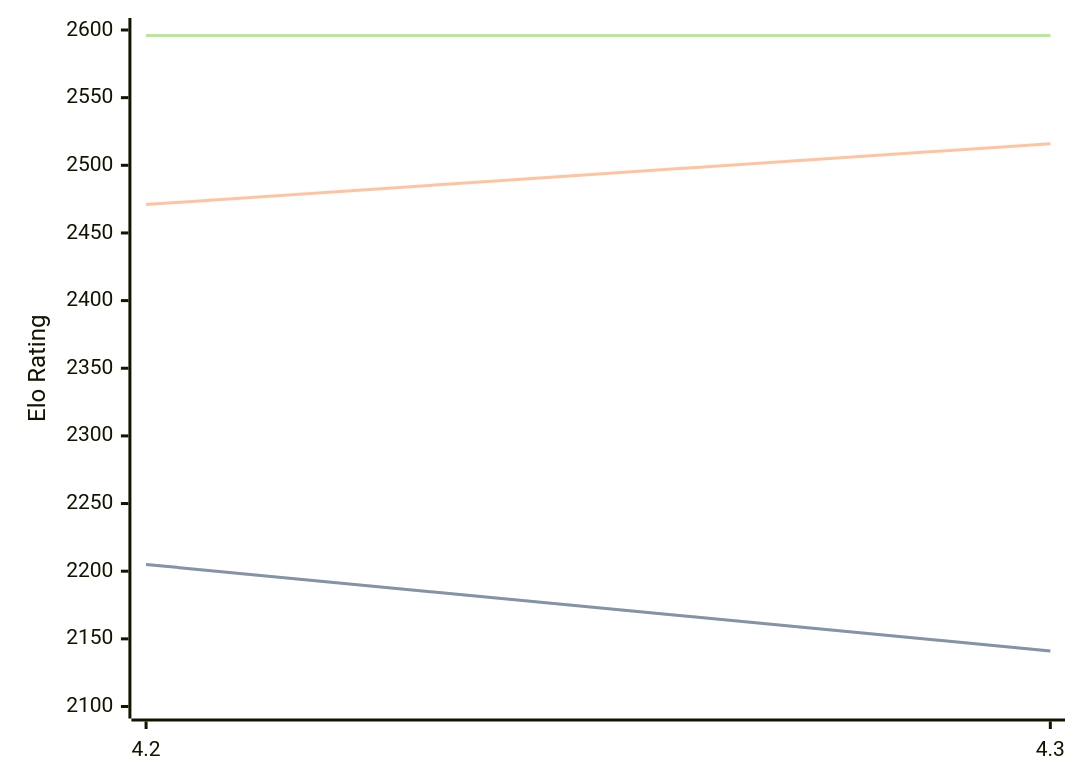
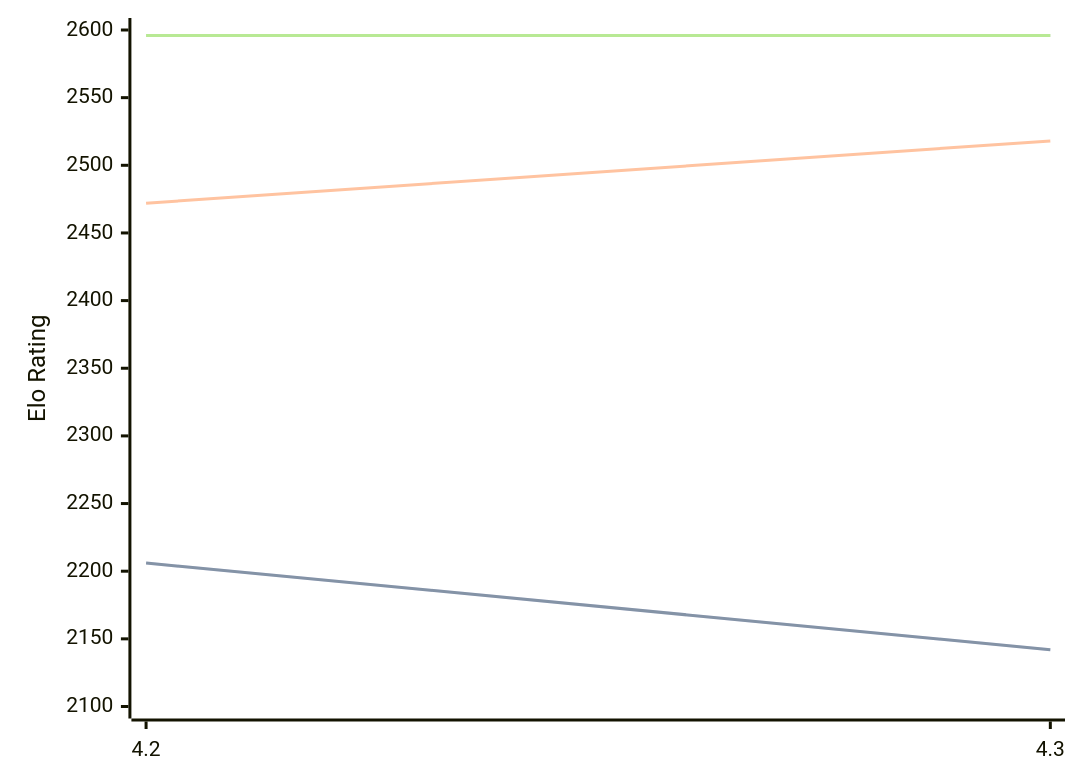
Before and after one commit to computer-chess-index/cci: the diagram in engines/Eubos.md, drawn with Mermaid. The commit also changed other lines of this file, not shown here.

Commit message:
Update CCI Ratings (ELO VLTC) - 2026-02-20

````diff
--- a/engines/Eubos.md
+++ b/engines/Eubos.md
@@ -85,11 +85,11 @@
 ```mermaid
 %%{init: {"theme":"base","themeVariables":{"seriesColors:['#a3a3a3','#222221','#faa371']}}}%%
 xychart-beta
   x-axis ["4.2", "4.3"]
   y-axis "Elo Rating" 2100 --> 2600
-  line "STC (8.0+0.08s)" [2205, 2141]
-  line "STC (8.0+0.08s)" [2205, 2141]
-  line "LTC (60.0+0.60s)" [2471, 2516]
+  line "STC (8.0+0.08s)" [2206, 2142]
+  line "STC (8.0+0.08s)" [2206, 2142]
+  line "LTC (60.0+0.60s)" [2472, 2518]
   line "VLTC (2m24s+1.12s)" [2596, 2596]
   line "VLTC (2m24s+1.12s)" [2596, 2596]
 ```
````
